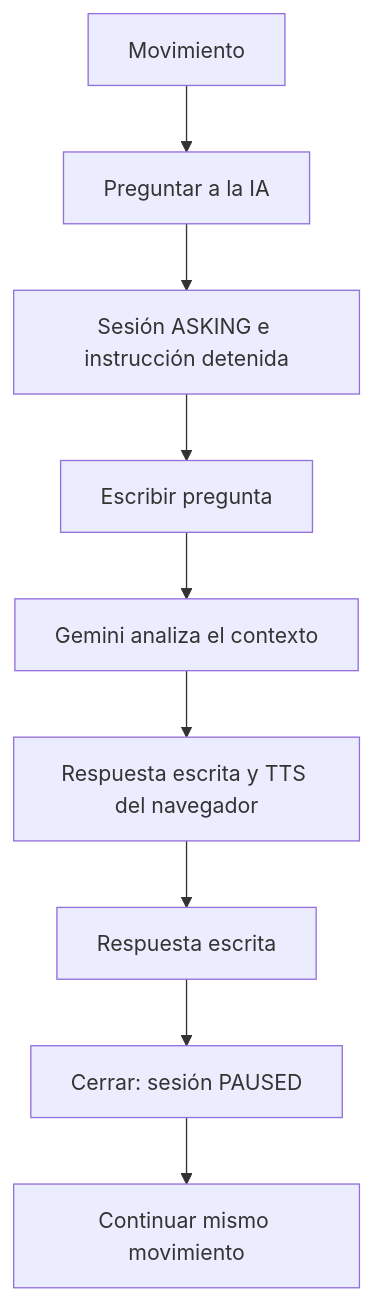
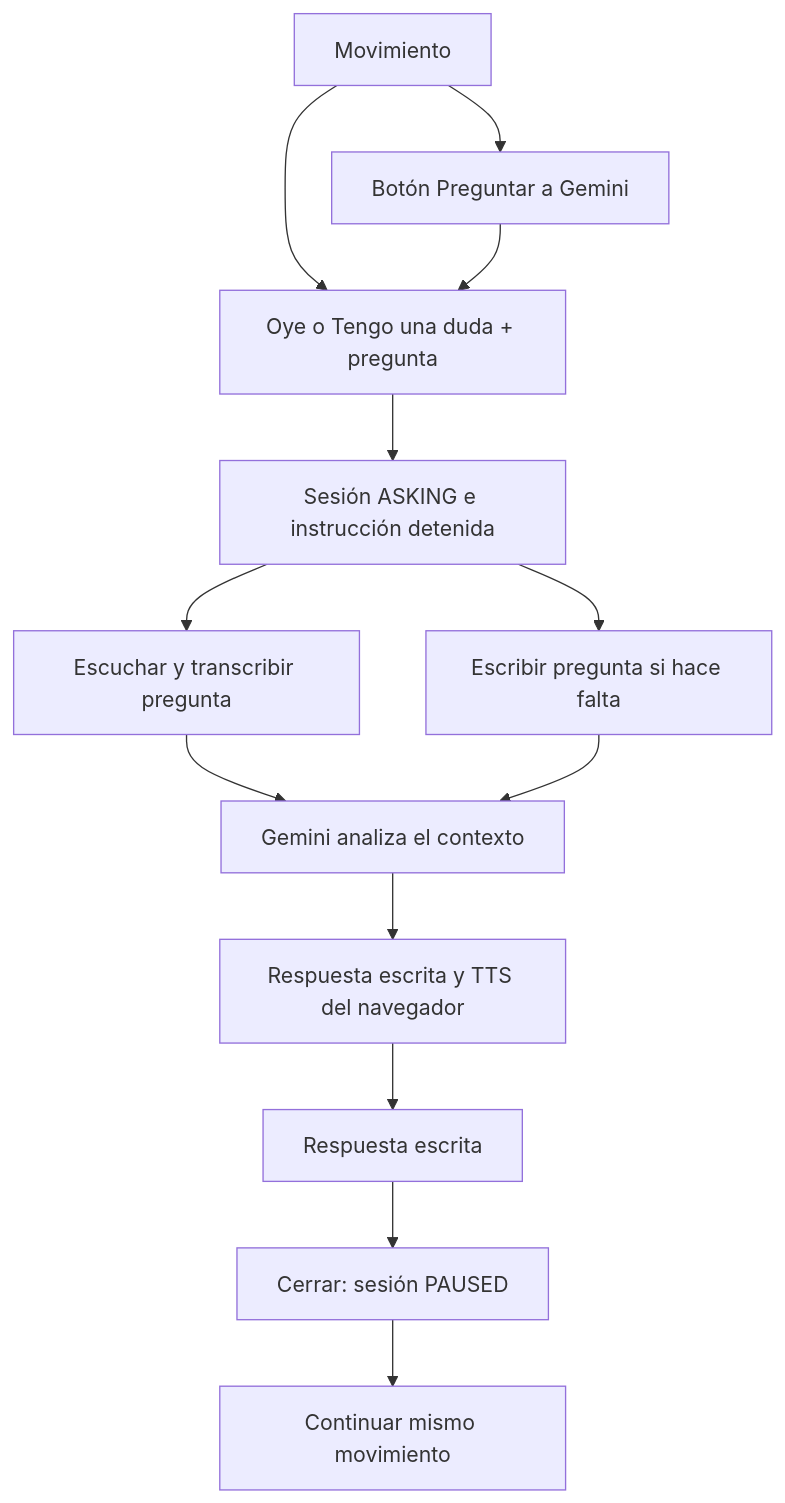
Before and after one commit to marianafloreslopez99/Taichi: the second of 2 diagrams in docs/USER_FLOWS.md, drawn with Mermaid. The commit also changed other lines of this file and 70 other files, not shown here.

````diff
--- a/docs/USER_FLOWS.md
+++ b/docs/USER_FLOWS.md
@@ -16,11 +16,15 @@
 ```mermaid
 flowchart TD
-  M[Movimiento] --> Q[Preguntar a la IA]
+  M[Movimiento] --> Q[Oye o Tengo una duda + pregunta]
+  M --> B[Botón Preguntar a Gemini]
+  B --> Q
   Q --> P[Sesión ASKING e instrucción detenida]
-  P --> E[Escribir pregunta]
+  P --> V[Escuchar y transcribir pregunta]
+  P --> E[Escribir pregunta si hace falta]
+  V --> H[Gemini analiza el contexto]
   E --> H[Gemini analiza el contexto]
   H --> S[Respuesta escrita y TTS del navegador]
   S --> R[Respuesta escrita]
   R --> C[Cerrar: sesión PAUSED]
   C --> K[Continuar mismo movimiento]
 ```
````
